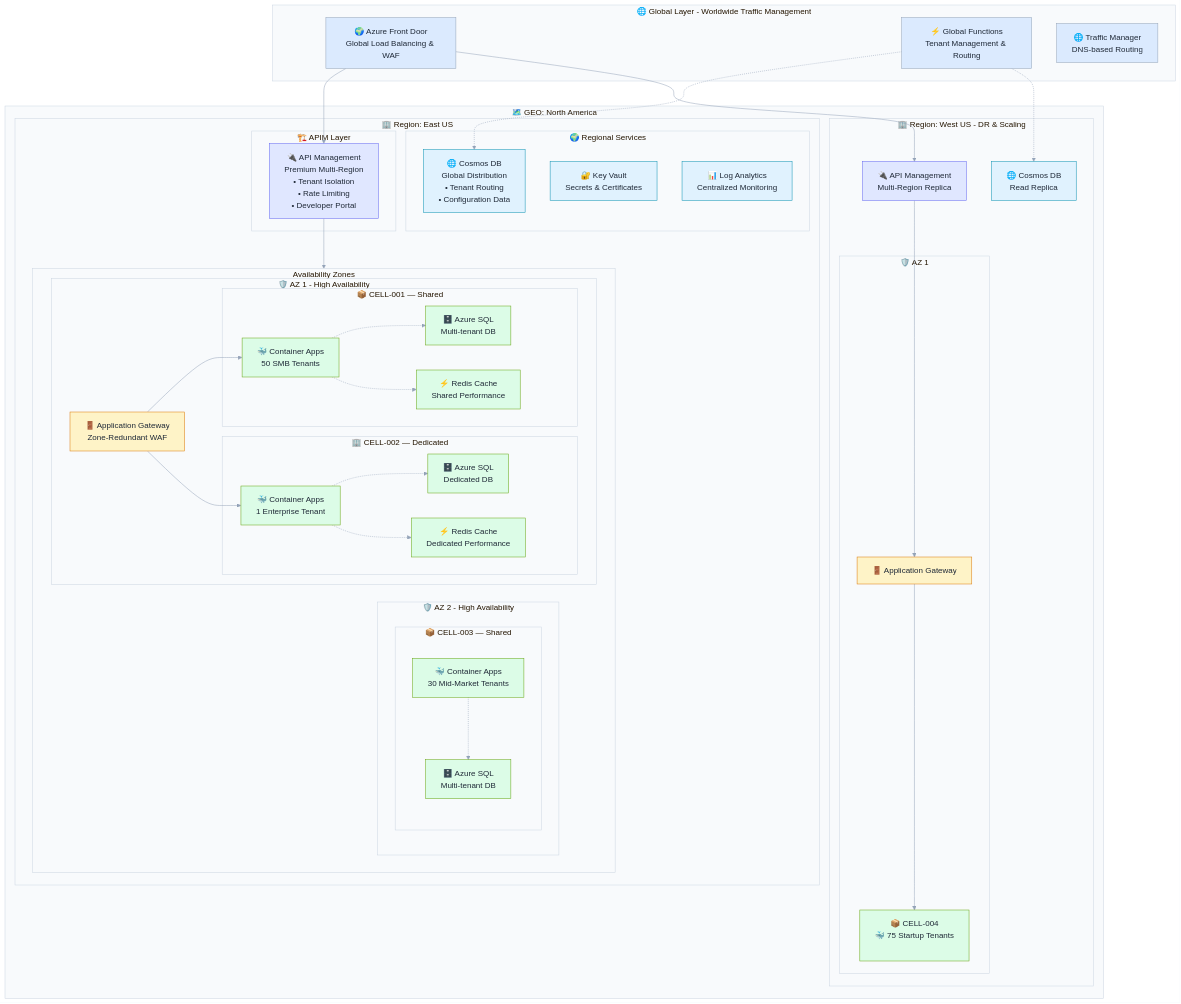
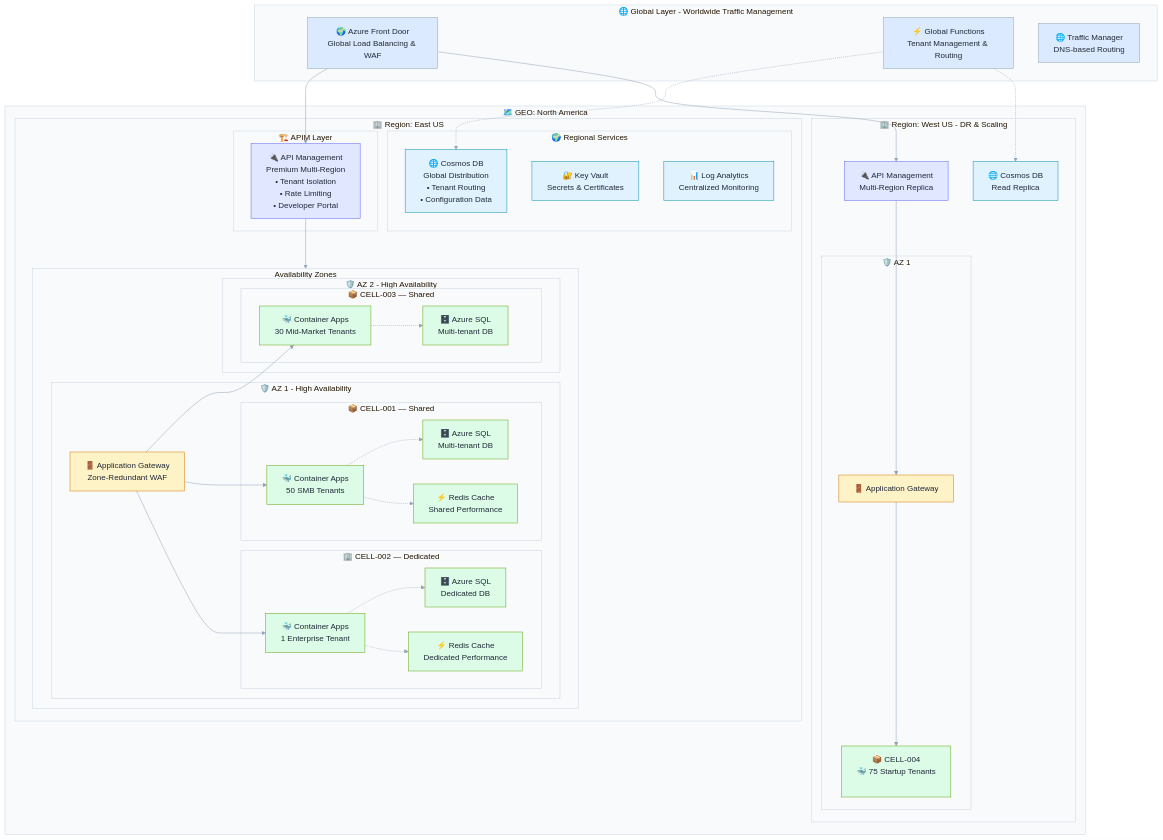
The diagram in README.md (srnichols/StampsPattern), drawn with Mermaid before and after one commit.

Commit message:
docs(readme): add connector from East US AZ1 Application Gateway to CELL-003 Container App

```diff
--- a/README.md
+++ b/README.md
@@ -94,6 +94,7 @@
     
     AG1 --> CA1
     AG1 --> CA2
+    AG1 --> CA3
     AG2 --> CELL4
     
     %% Data Layer Connections
```
